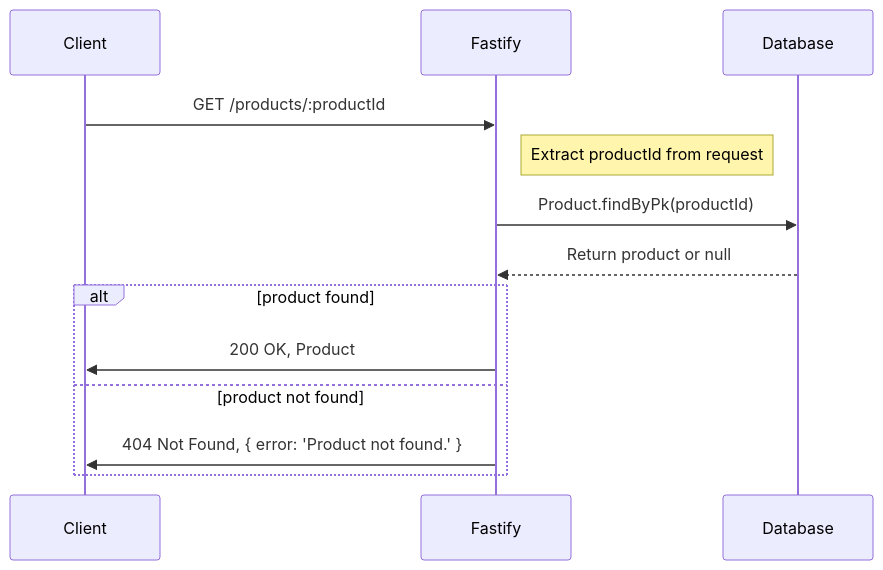
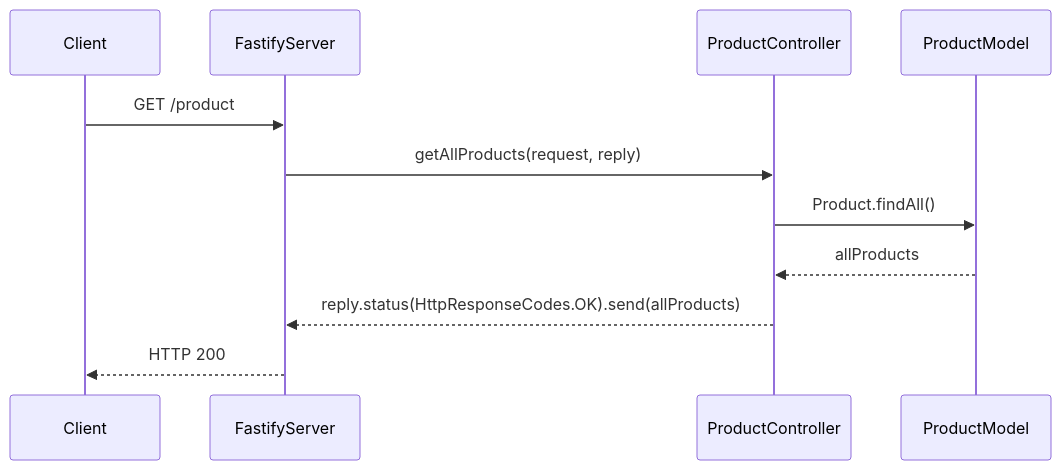
One commit to JohnsonJay/pos changed the second of 4 diagrams in src/modules/product/README.md. Above: the diagram before and after it, drawn with Mermaid. The commit also changed other lines of this file, not shown here.

Commit message:
sequence diagrams for products module

````diff
--- a/src/modules/product/README.md
+++ b/src/modules/product/README.md
@@ -28,16 +21,14 @@
 ```mermaid
 sequenceDiagram
     participant Client
-    participant Fastify
-    participant Database
+    participant FastifyServer
+    participant ProductController
+    participant ProductModel
 
-    Client->>Fastify: GET /products/:productId
-    Note right of Fastify: Extract productId from request
-    Fastify->>Database: Product.findByPk(productId)
-    Database-->>Fastify: Return product or null
-    alt product found
-        Fastify->>Client: 200 OK, Product
-    else product not found
-        Fastify->>Client: 404 Not Found, { error: 'Product not found.' }
-    end
+    Client->>FastifyServer: GET /product
+    FastifyServer->>ProductController: getAllProducts(request, reply)
+    ProductController->>ProductModel: Product.findAll()
+    ProductModel-->>ProductController: allProducts
+    ProductController-->>FastifyServer: reply.status(HttpResponseCodes.OK).send(allProducts)
+    FastifyServer-->>Client: HTTP 200
 ```
````
